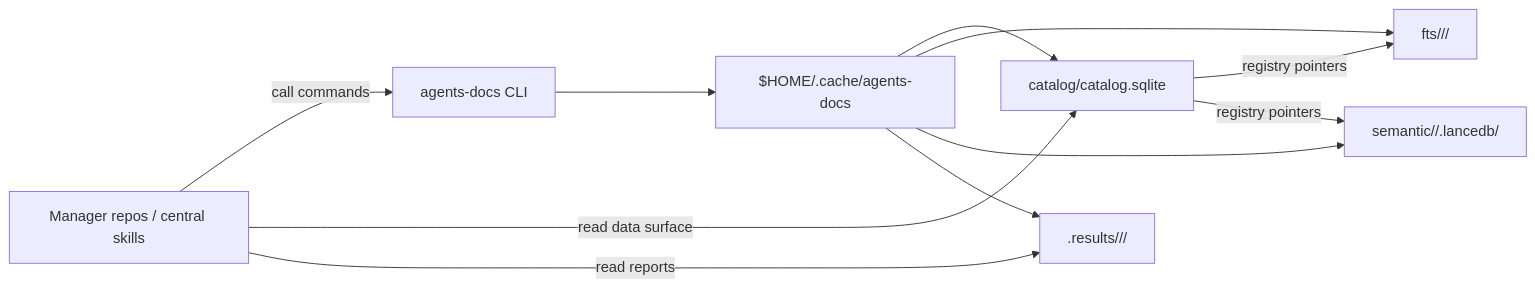
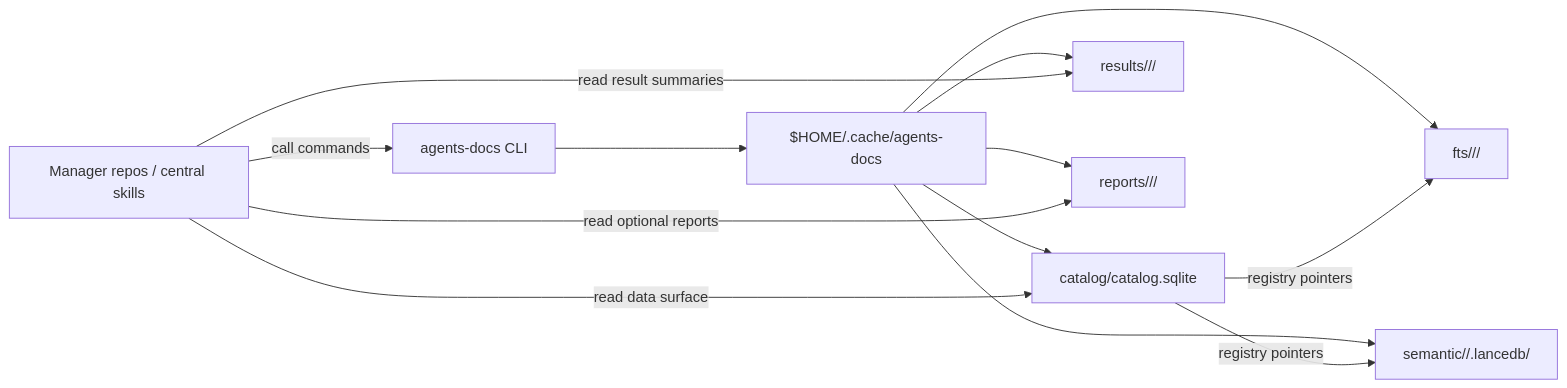
Before and after one commit to VectorMind/evidence-engine: the first of 2 diagrams in README.md, drawn with Mermaid. The commit also changed other lines of this file and 16 other files, not shown here.

````diff
--- a/README.md
+++ b/README.md
@@ -97,13 +99,15 @@
 ```mermaid
 flowchart LR
   A[Manager repos / central skills] -->|call commands| B[agents-docs CLI]
   B --> C[$HOME/.cache/agents-docs]
   C --> D[catalog/catalog.sqlite]
   C --> E[fts/<profile>/<scope_id>/]
   C --> F[semantic/<profile>/<scope_id>.lancedb/]
-  C --> G[.results/<date>/<run>/]
+  C --> G[results/<date>/<run>/]
+  C --> H[reports/<date>/<run>/]
   A -->|read data surface| D
-  A -->|read reports| G
+  A -->|read result summaries| G
+  A -->|read optional reports| H
   D -->|registry pointers| E
   D -->|registry pointers| F
 ```
````
